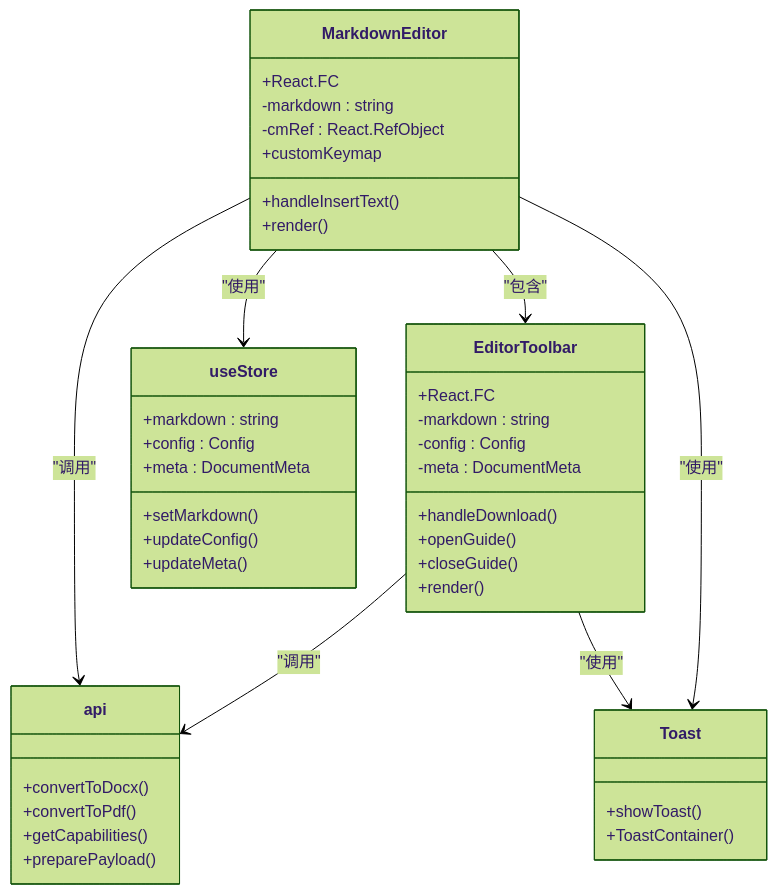
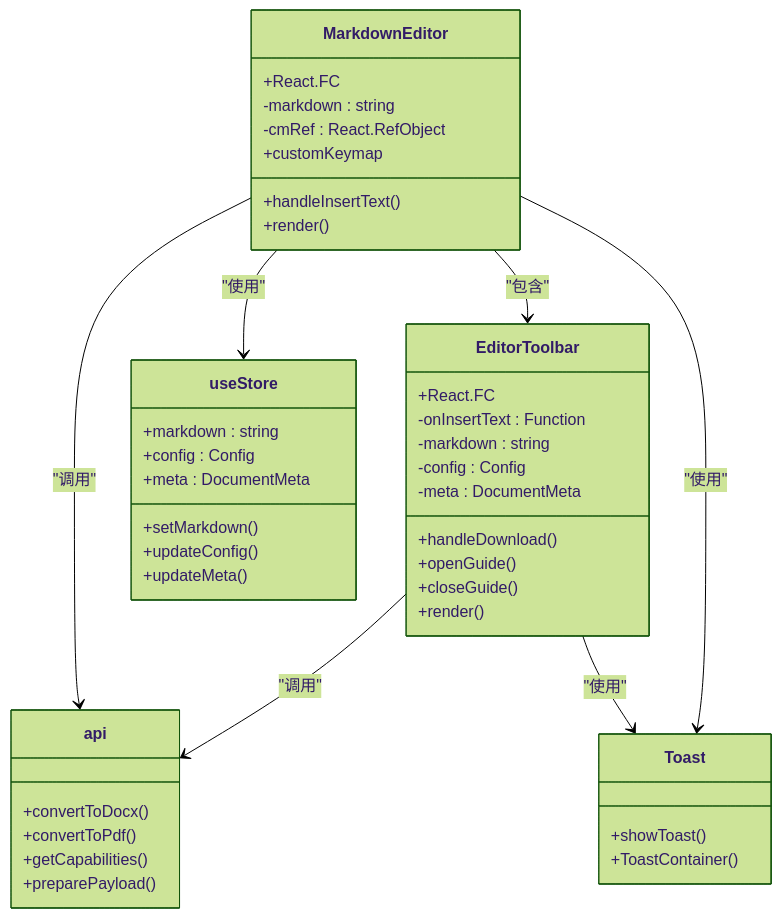
The second of 13 diagrams in .lingma/repowiki/zh/content/用户指南/前端界面现代化/编辑器工具栏增强.md (wanwushelie/markdown-to-word-studio), drawn with Mermaid (forest theme) before and after one commit. The commit also changed other lines of this file and 82 other files, not shown here.

````diff
--- a/.lingma/repowiki/zh/content/用户指南/前端界面现代化/编辑器工具栏增强.md
+++ b/.lingma/repowiki/zh/content/用户指南/前端界面现代化/编辑器工具栏增强.md
@@ -91,45 +100,46 @@
 ```mermaid
 classDiagram
 class MarkdownEditor {
 +React.FC
 -markdown : string
 -cmRef : React.RefObject
 +handleInsertText()
 +customKeymap
 +render()
 }
 class EditorToolbar {
 +React.FC
+-onInsertText : Function
 -markdown : string
 -config : Config
 -meta : DocumentMeta
 +handleDownload()
 +openGuide()
 +closeGuide()
 +render()
 }
 class useStore {
 +markdown : string
 +config : Config
 +meta : DocumentMeta
 +setMarkdown()
 +updateConfig()
 +updateMeta()
 }
 class api {
 +convertToDocx()
 +convertToPdf()
 +getCapabilities()
 +preparePayload()
 }
 class Toast {
 +showToast()
 +ToastContainer()
 }
 MarkdownEditor --> EditorToolbar : "包含"
 MarkdownEditor --> useStore : "使用"
 MarkdownEditor --> api : "调用"
 EditorToolbar --> api : "调用"
 EditorToolbar --> Toast : "使用"
 MarkdownEditor --> Toast : "使用"
 ```
````
